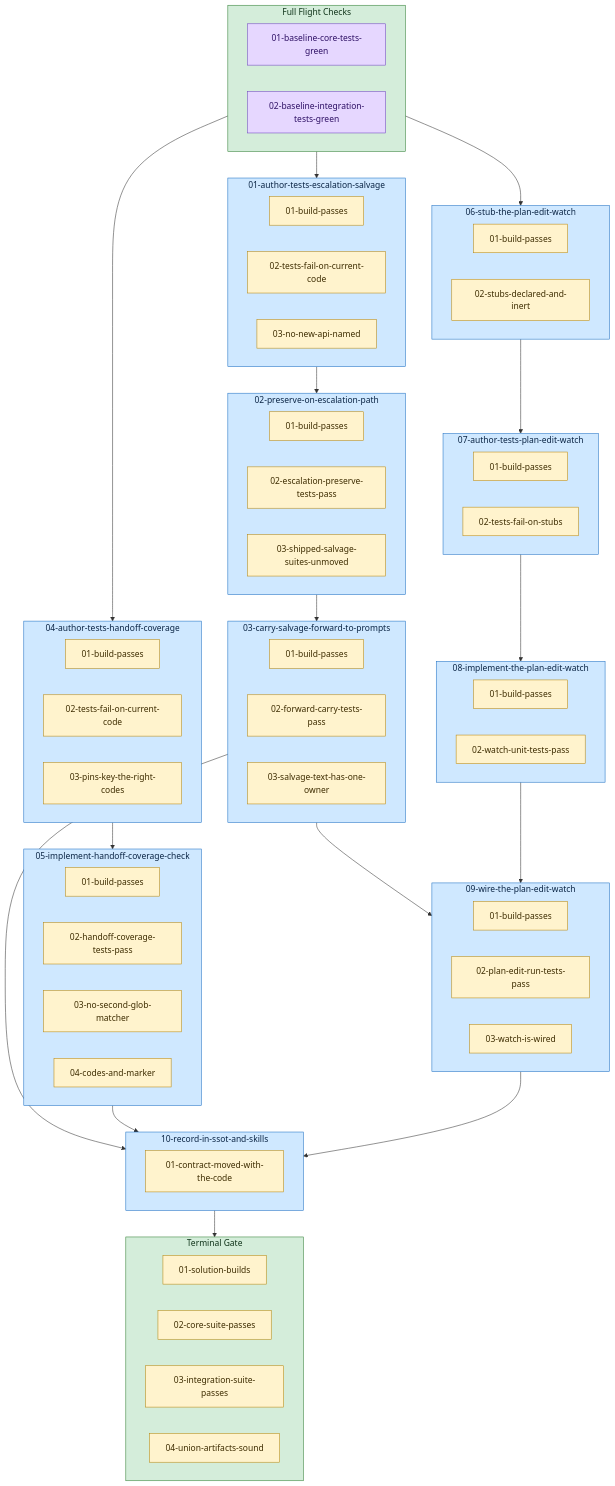
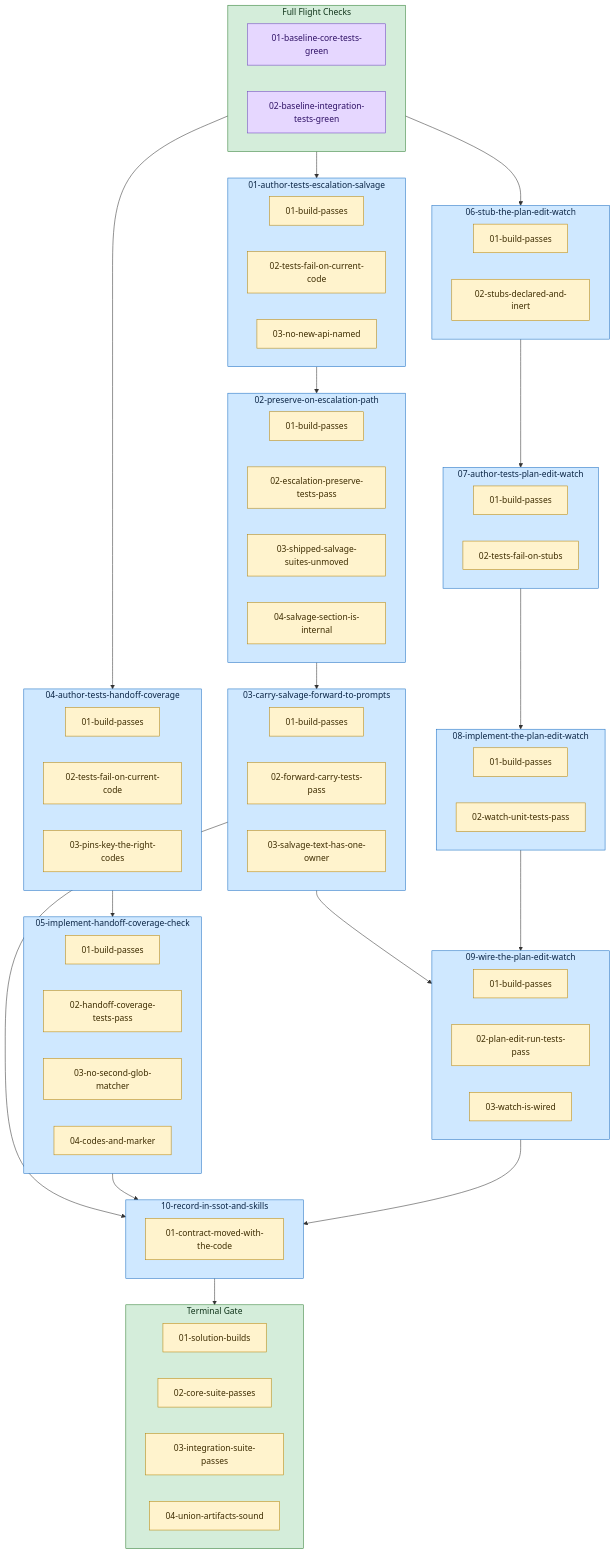
One commit to Servant-Software-LLC/Guardrails changed the diagram in docs/plans/31-unattended-run-hardening/diagram.md. Above: the diagram before and after it, drawn with Mermaid. The commit also changed other lines of this file and 17 other files, not shown here.

```diff
--- a/docs/plans/31-unattended-run-hardening/diagram.md
+++ b/docs/plans/31-unattended-run-hardening/diagram.md
@@ -17,6 +17,7 @@
     task_02_preserve_on_escalation_path_gr_0["01-build-passes"]:::guardrail
     task_02_preserve_on_escalation_path_gr_1["02-escalation-preserve-tests-pass"]:::guardrail
     task_02_preserve_on_escalation_path_gr_2["03-shipped-salvage-suites-unmoved"]:::guardrail
+    task_02_preserve_on_escalation_path_gr_3["04-salvage-section-is-internal"]:::guardrail
   end
   style task_02_preserve_on_escalation_path fill:#cfe8ff,stroke:#1b6ec2,color:#0b2545;
   subgraph task_03_carry_salvage_forward_to_prompts["03-carry-salvage-forward-to-prompts"]
```
